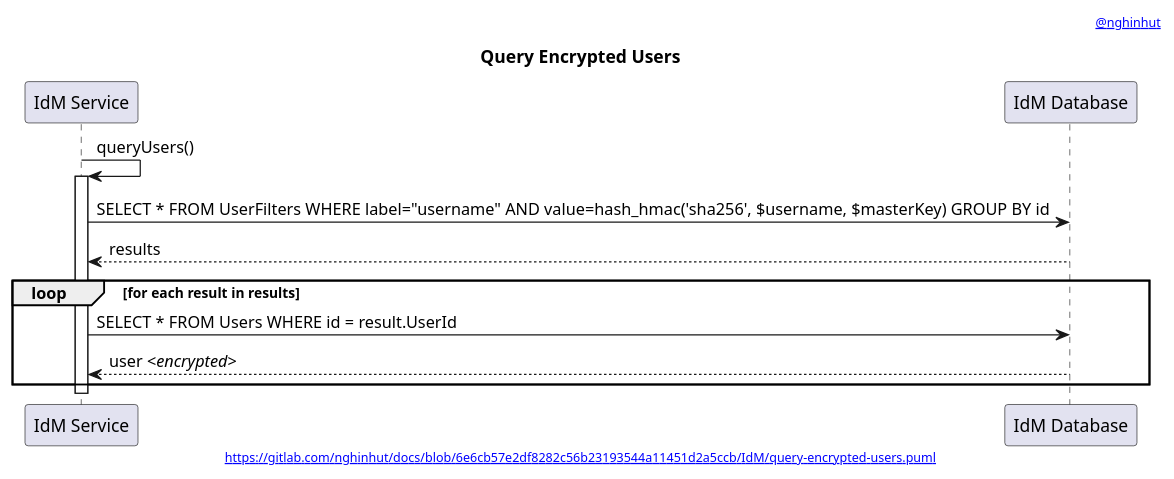
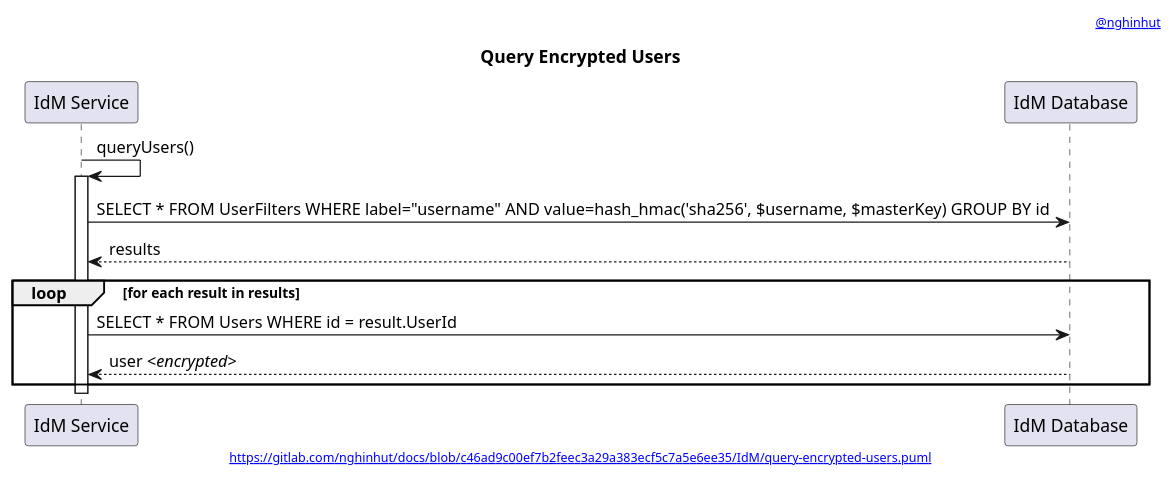
One commit to nghinhut/docs changed the diagram in IdM/query-encrypted-users.function.puml. Above: the diagram before and after it, drawn with PlantUML. The commit also changed 37 other files, not shown here.

```diff
--- a/IdM/query-encrypted-users.function.puml
+++ b/IdM/query-encrypted-users.function.puml
@@ -1,22 +1,22 @@
 @startuml
 '-----START auto generated metadata please keep comment here to allow auto update-----
 '-----DON'T EDIT THIS SECTION, INSTEAD RE-RUN prebuild.sh TO UPDATE-----
-header [[https://www.nghinhut.dev?from=http%5C%3A%5C%2F%5C%2Fwww%5C.plantuml%5C.com%5C%2Fplantuml%5C%2Fproxy%3Ffmt%3Dsvg%5C%26src%3Dhttps%5C%3A%5C%2F%5C%2Fgitlab%5C.com%5C%2Fnghinhut%5C%2Fdocs%5C%2Fraw%5C%2F6e6cb57e2df8282c56b23193544a11451d2a5ccb%5C%2FIdM%5C%2Fquery-encrypted-users%5C.puml%0A @nghinhut]]
-footer [[http://www.plantuml.com/plantuml/proxy?fmt=svg&src=https://gitlab.com/nghinhut/docs/raw/6e6cb57e2df8282c56b23193544a11451d2a5ccb/IdM/query-encrypted-users.puml https://gitlab.com/nghinhut/docs/blob/6e6cb57e2df8282c56b23193544a11451d2a5ccb/IdM/query-encrypted-users.puml]]
+header [[https://www.nghinhut.dev?from=http%5C%3A%5C%2F%5C%2Fwww%5C.plantuml%5C.com%5C%2Fplantuml%5C%2Fproxy%3Ffmt%3Dsvg%5C%26src%3Dhttps%5C%3A%5C%2F%5C%2Fgitlab%5C.com%5C%2Fnghinhut%5C%2Fdocs%5C%2Fraw%5C%2Fc46ad9c00ef7b2feec3a29a383ecf5c7a5e6ee35%5C%2FIdM%5C%2Fquery-encrypted-users%5C.puml%0A @nghinhut]]
+footer [[http://www.plantuml.com/plantuml/proxy?fmt=svg&src=https://gitlab.com/nghinhut/docs/raw/c46ad9c00ef7b2feec3a29a383ecf5c7a5e6ee35/IdM/query-encrypted-users.puml https://gitlab.com/nghinhut/docs/blob/c46ad9c00ef7b2feec3a29a383ecf5c7a5e6ee35/IdM/query-encrypted-users.puml]]
 '-----END auto generated metadata please keep comment here to allow auto update-----
 title Query Encrypted Users
 
 participant "IdM Service" as idm
 participant "IdM Database" as db
 
 idm -> idm : queryUsers()
 activate idm
     idm -> db : SELECT * FROM UserFilters WHERE label="username" AND value=hash_hmac('sha256', $username, $masterKey) GROUP BY id
     idm <-- db : results
 
     loop for each result in results
         idm -> db : SELECT * FROM Users WHERE id = result.UserId
         idm <-- db : user <//encrypted//>
     end
 deactivate idm
 @enduml
```
